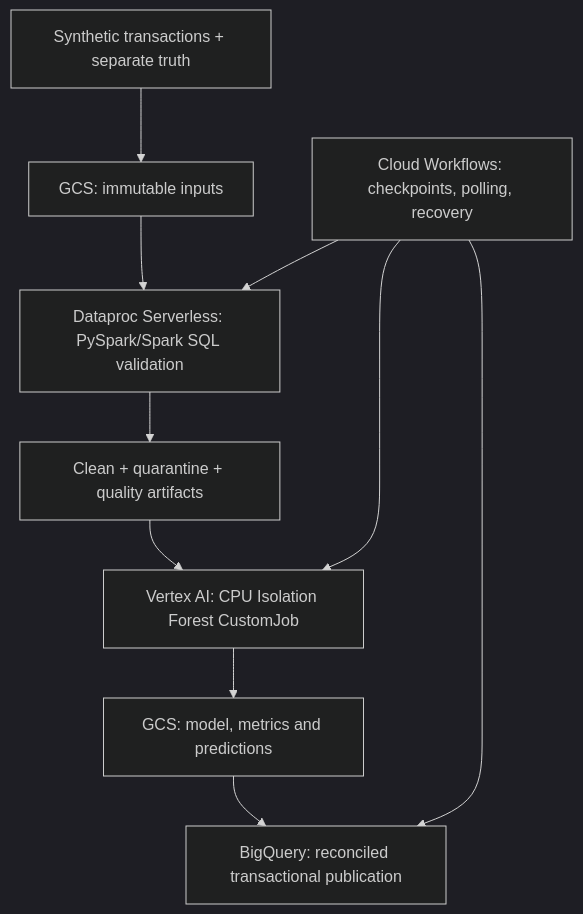
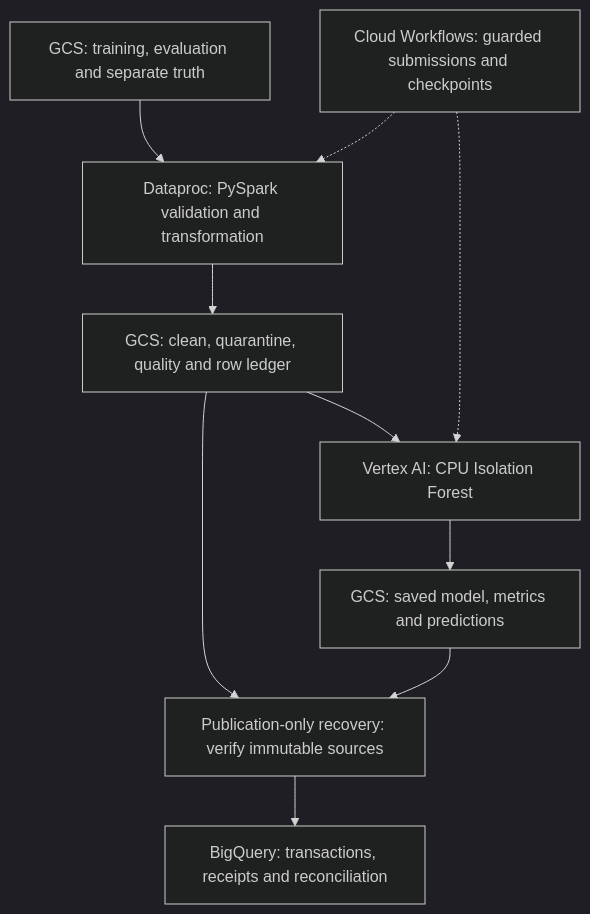
One commit to chandrakanth02512-ctrl/ml-synthetic-data-quality changed the diagram in README.md. Above: the diagram before and after it, drawn with Mermaid (dark theme). The commit also changed other lines of this file and 19 other files, not shown here.

First line of the commit message:
Fix bounded publication recovery and document verified GCP pilot

````diff
--- a/README.md
+++ b/README.md
@@ -17,12 +67,12 @@
 ```mermaid
 flowchart TD
-    A["Synthetic transactions + separate truth"] --> B["GCS: immutable inputs"]
-    B --> C["Dataproc Serverless: PySpark/Spark SQL validation"]
-    C --> D["Clean + quarantine + quality artifacts"]
-    D --> E["Vertex AI: CPU Isolation Forest CustomJob"]
-    E --> F["GCS: model, metrics and predictions"]
-    F --> G["BigQuery: reconciled transactional publication"]
-    H["Cloud Workflows: checkpoints, polling, recovery"] --> C
-    H --> E
-    H --> G
+    Inputs["GCS: training, evaluation and separate truth"] --> Spark["Dataproc: PySpark validation and transformation"]
+    Spark --> Data["GCS: clean, quarantine, quality and row ledger"]
+    Data --> Vertex["Vertex AI: CPU Isolation Forest"]
+    Vertex --> Model["GCS: saved model, metrics and predictions"]
+    Data --> Recovery["Publication-only recovery: verify immutable sources"]
+    Model --> Recovery
+    Recovery --> BQ["BigQuery: transactions, receipts and reconciliation"]
+    WF["Cloud Workflows: guarded submissions and checkpoints"] -.-> Spark
+    WF -.-> Vertex
 ```
````
